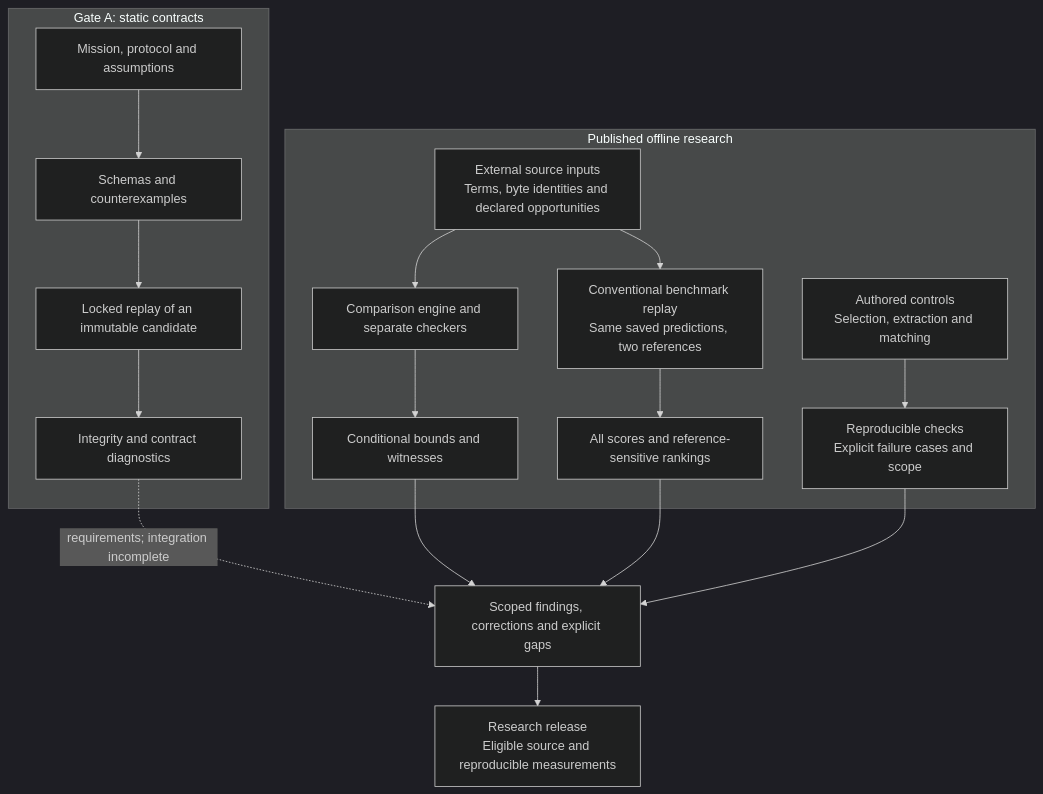
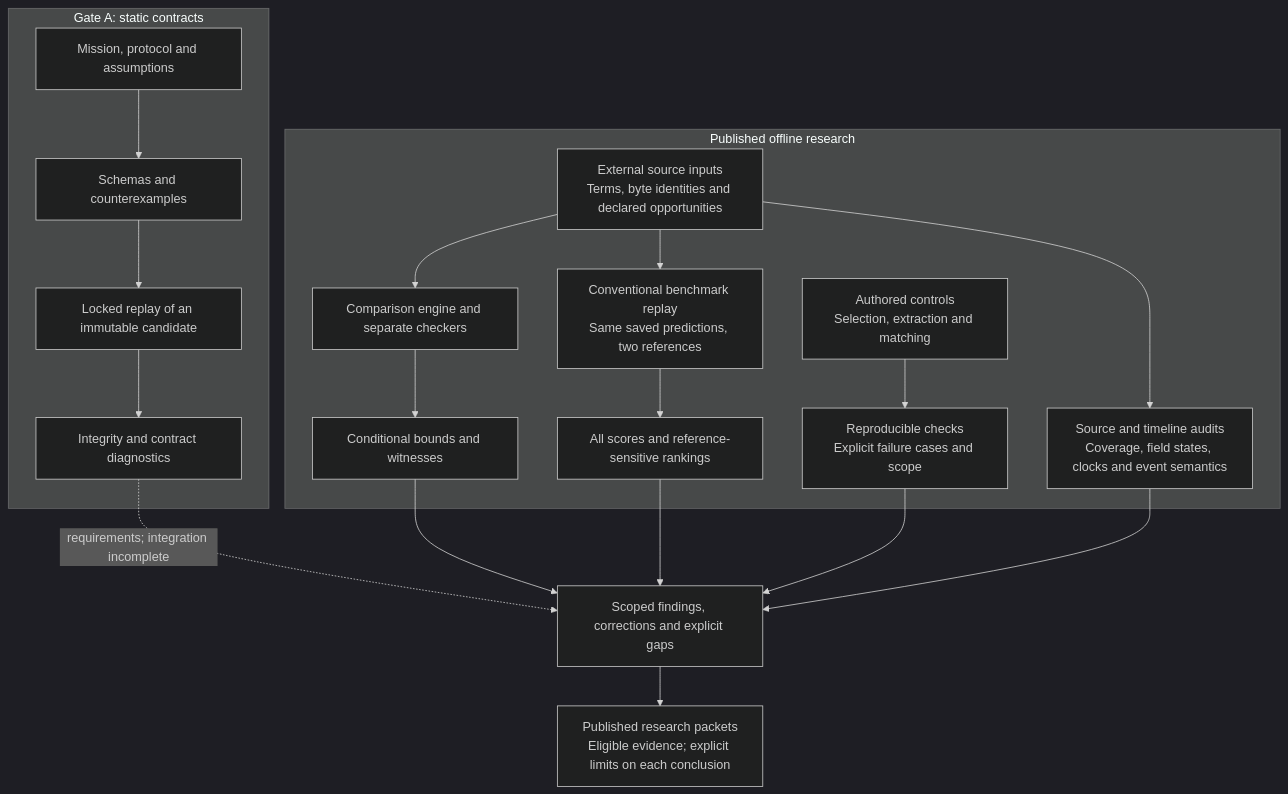
The eighth of 9 diagrams in README.md (manfromnowhere143/reiyah), drawn with Mermaid (dark theme) before and after one commit. The commit also changed other lines of this file and 4 other files, not shown here.

First line of the commit message:
Update research progress, diagrams and continuation handoff

````diff
--- a/README.md
+++ b/README.md
@@ -321,20 +447,22 @@
 ```mermaid
 flowchart TB
   subgraph CONTRACT["Gate A: static contracts"]
     M["Mission, protocol and assumptions"] --> F["Schemas and counterexamples"]
     F --> L["Locked replay of an immutable candidate"]
     L --> I["Integrity and contract diagnostics"]
   end
   subgraph RESEARCH["Published offline research"]
     D["External source inputs<br/>Terms, byte identities and declared opportunities"] --> X["Comparison engine and separate checkers"]
+    D --> Q["Source and timeline audits<br/>Coverage, field states, clocks and event semantics"]
     D --> B["Conventional benchmark replay<br/>Same saved predictions, two references"]
     X --> T["Conditional bounds and witnesses"]
     B --> R["All scores and reference-sensitive rankings"]
     A["Authored controls<br/>Selection, extraction and matching"] --> G["Reproducible checks<br/>Explicit failure cases and scope"]
   end
   I -. "requirements; integration incomplete" .-> C["Scoped findings, corrections and explicit gaps"]
   T --> C
   R --> C
   G --> C
-  C --> P["Research release<br/>Eligible source and reproducible measurements"]
+  Q --> C
+  C --> P["Published research packets<br/>Eligible evidence; explicit limits on each conclusion"]
 ```
````
